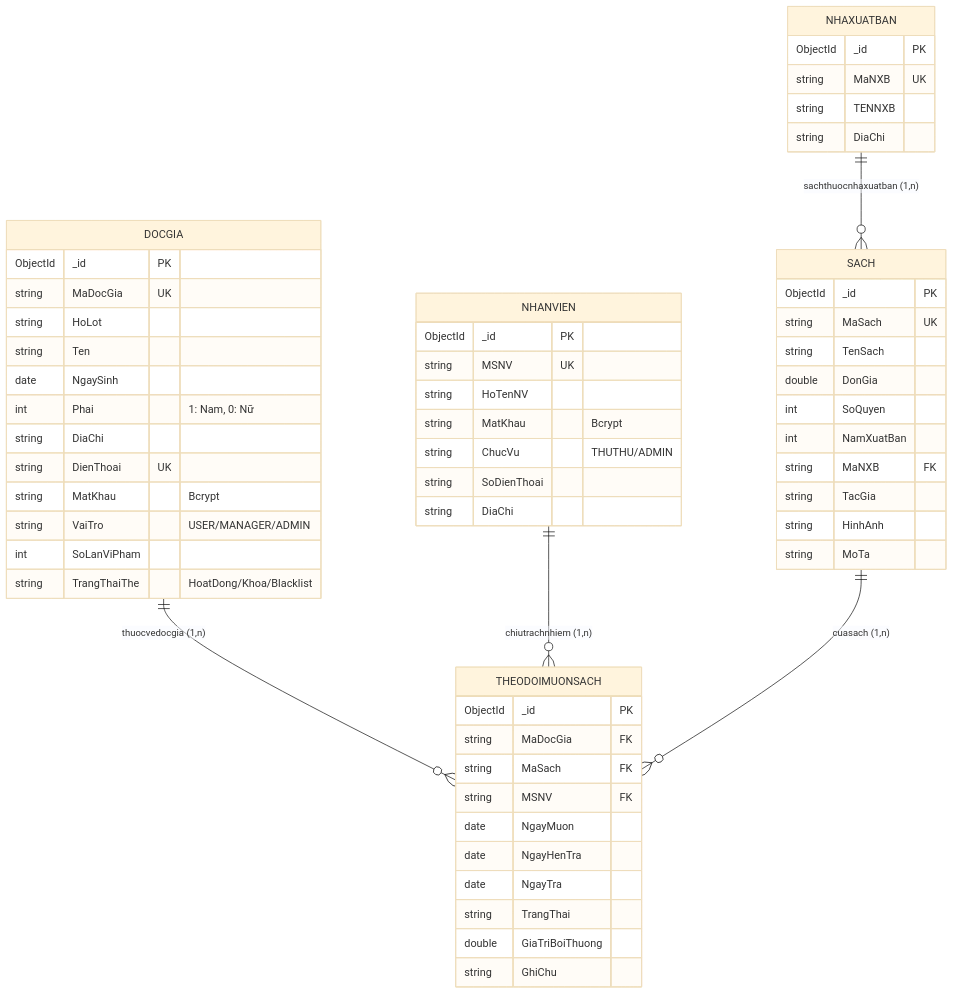
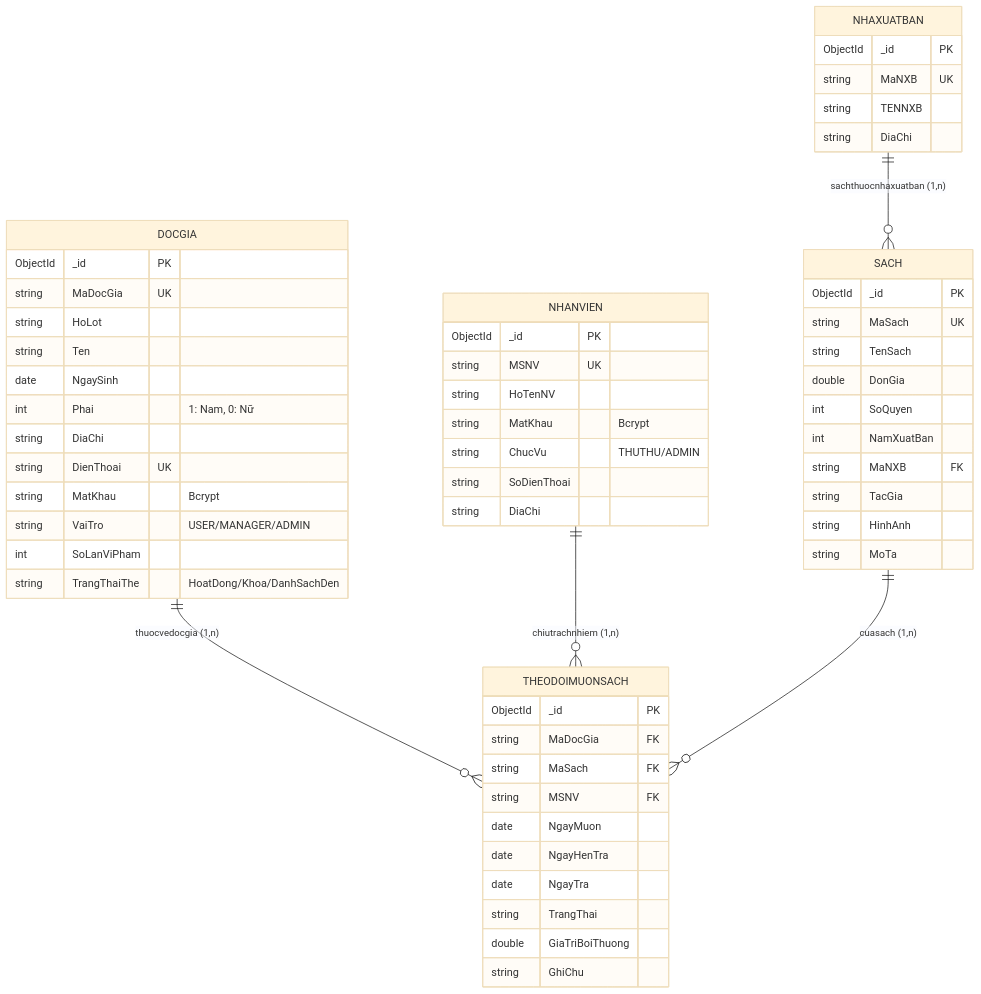
One commit to TranAnhVu2005/B2306603_Tran_Anh_Vu_Manage_Book_At_Library changed the diagram in docs/02_DATABASE.md. Above: the diagram before and after it, drawn with Mermaid (base theme). The commit also changed other lines of this file and 28 other files, not shown here.

````diff
--- a/docs/02_DATABASE.md
+++ b/docs/02_DATABASE.md
@@ -126,65 +126,65 @@
 ```mermaid
 erDiagram
     DOCGIA ||--o{ THEODOIMUONSACH : "thuocvedocgia (1,n)"
     NHANVIEN ||--o{ THEODOIMUONSACH : "chiutrachnhiem (1,n)"
     SACH ||--o{ THEODOIMUONSACH : "cuasach (1,n)"
     NHAXUATBAN ||--o{ SACH : "sachthuocnhaxuatban (1,n)"
 
     DOCGIA {
         ObjectId _id PK
         string MaDocGia UK
         string HoLot
         string Ten
         date NgaySinh
         int Phai "1: Nam, 0: Nữ"
         string DiaChi
         string DienThoai UK
         string MatKhau "Bcrypt"
         string VaiTro "USER/MANAGER/ADMIN"
         int SoLanViPham
-        string TrangThaiThe "HoatDong/Khoa/Blacklist"
+        string TrangThaiThe "HoatDong/Khoa/DanhSachDen"
     }
 
     NHANVIEN {
         ObjectId _id PK
         string MSNV UK
         string HoTenNV
         string MatKhau "Bcrypt"
         string ChucVu "THUTHU/ADMIN"
         string SoDienThoai
         string DiaChi
     }
 
     SACH {
         ObjectId _id PK
         string MaSach UK
         string TenSach
         double DonGia
         int SoQuyen
         int NamXuatBan
         string MaNXB FK
         string TacGia
         string HinhAnh
         string MoTa
     }
 
     NHAXUATBAN {
         ObjectId _id PK
         string MaNXB UK
         string TENNXB
         string DiaChi
     }
 
     THEODOIMUONSACH {
         ObjectId _id PK
         string MaDocGia FK
         string MaSach FK
         string MSNV FK
         date NgayMuon
         date NgayHenTra
         date NgayTra
         string TrangThai
         double GiaTriBoiThuong
         string GhiChu
     }
 ```
````
